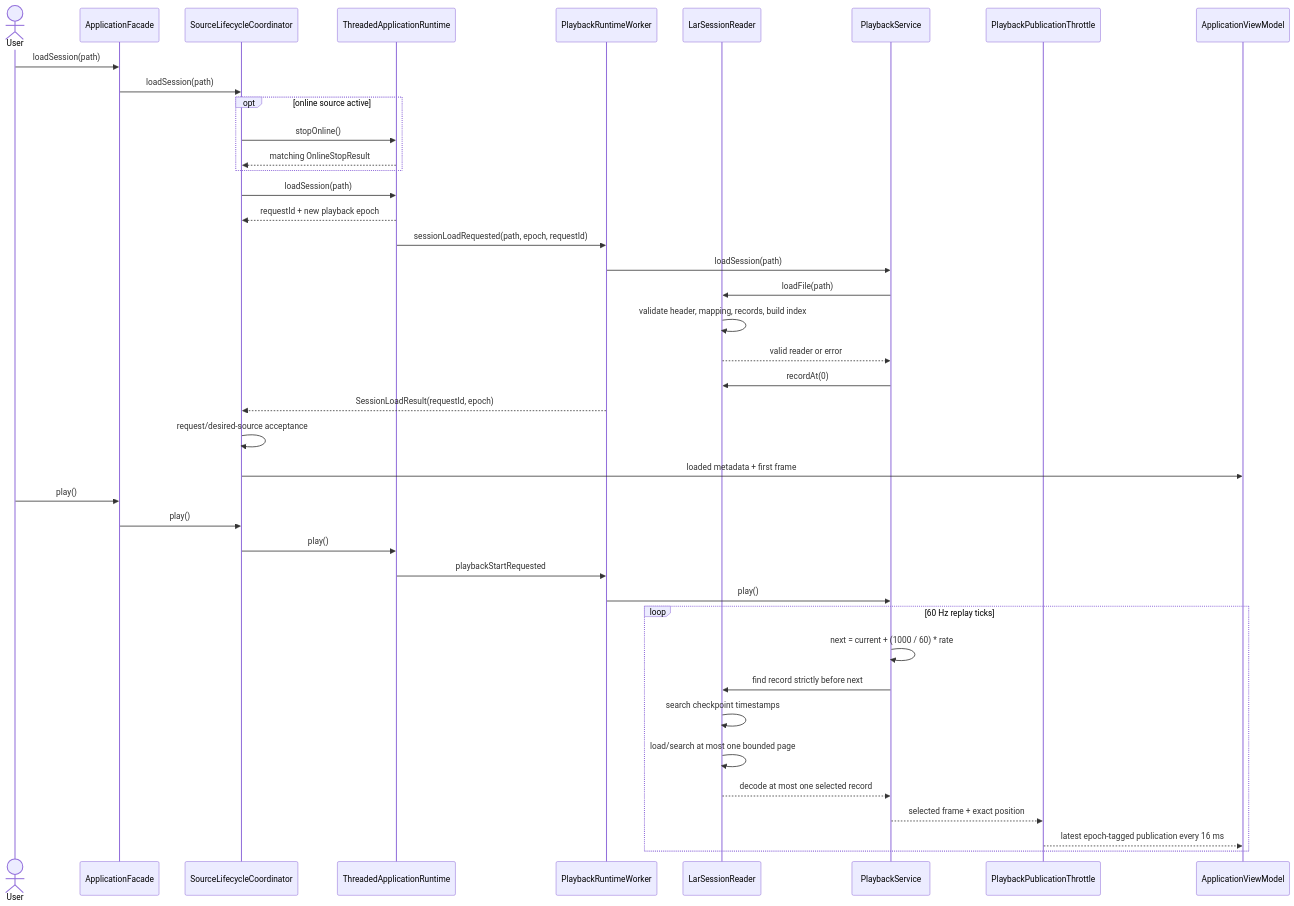
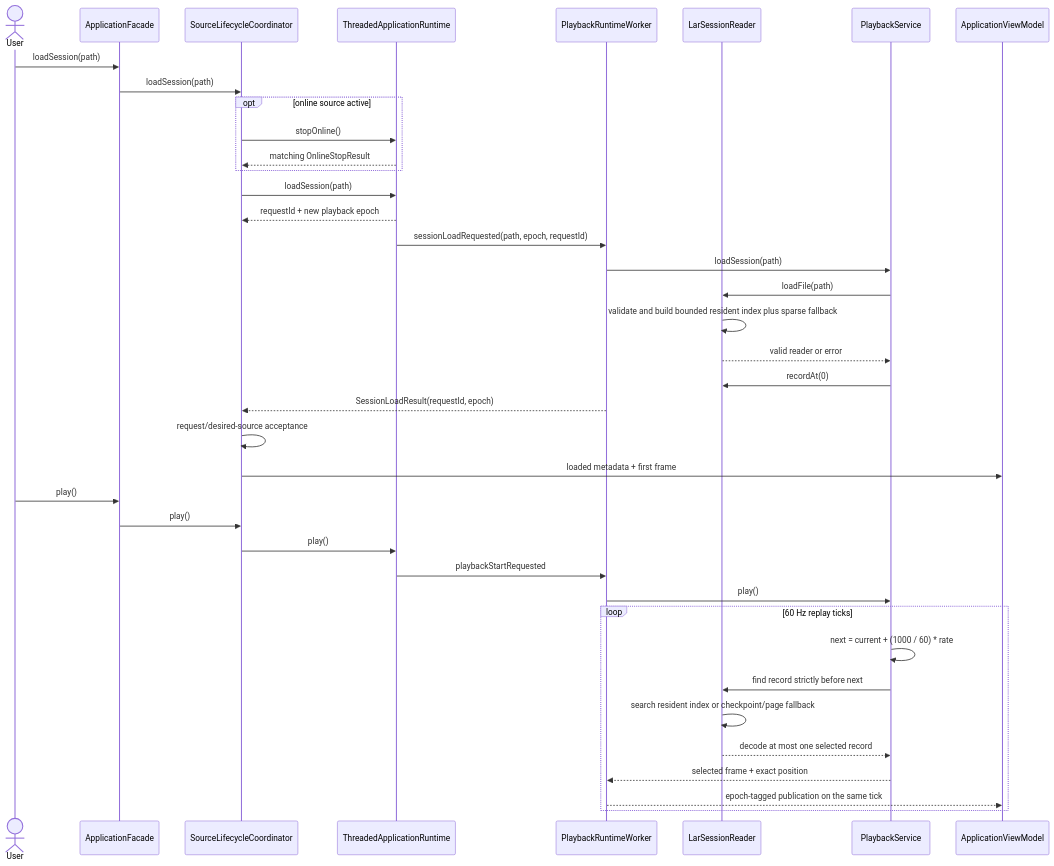
One commit to YusufEmirCosar/LAR changed the fifth of 10 diagrams in docs/DATA_FLOWS.md. Above: the diagram before and after it, drawn with Mermaid. The commit also changed other lines of this file and 703 other files, not shown here.

````diff
--- a/docs/DATA_FLOWS.md
+++ b/docs/DATA_FLOWS.md
@@ -178,47 +178,45 @@
 ```mermaid
 sequenceDiagram
     actor User
     participant F as ApplicationFacade
     participant L as SourceLifecycleCoordinator
     participant R as ThreadedApplicationRuntime
     participant P as PlaybackRuntimeWorker
     participant RD as LarSessionReader
     participant S as PlaybackService
-    participant T as PlaybackPublicationThrottle
     participant VM as ApplicationViewModel
 
     User->>F: loadSession(path)
     F->>L: loadSession(path)
     opt online source active
         L->>R: stopOnline()
         R-->>L: matching OnlineStopResult
     end
     L->>R: loadSession(path)
     R-->>L: requestId + new playback epoch
     R->>P: sessionLoadRequested(path, epoch, requestId)
     P->>S: loadSession(path)
     S->>RD: loadFile(path)
     
-    RD->>RD: validate header, mapping, records, build index
+    RD->>RD: validate and build bounded resident index plus sparse fallback
     
     RD-->>S: valid reader or error
     S->>RD: recordAt(0)
     P-->>L: SessionLoadResult(requestId, epoch)
     L->>L: request/desired-source acceptance
     L->>VM: loaded metadata + first frame
 
     User->>F: play()
     F->>L: play()
     L->>R: play()
     R->>P: playbackStartRequested
     P->>S: play()
     loop 60 Hz replay ticks
         S->>S: next = current + (1000 / 60) * rate
         S->>RD: find record strictly before next
-        RD->>RD: search checkpoint timestamps
-        RD->>RD: load/search at most one bounded page
+        RD->>RD: search resident index or checkpoint/page fallback
         RD-->>S: decode at most one selected record
-        S-->>T: selected frame + exact position
-        T-->>VM: latest epoch-tagged publication every 16 ms
+        S-->>P: selected frame + exact position
+        P-->>VM: epoch-tagged publication on the same tick
     end
 ```
````
